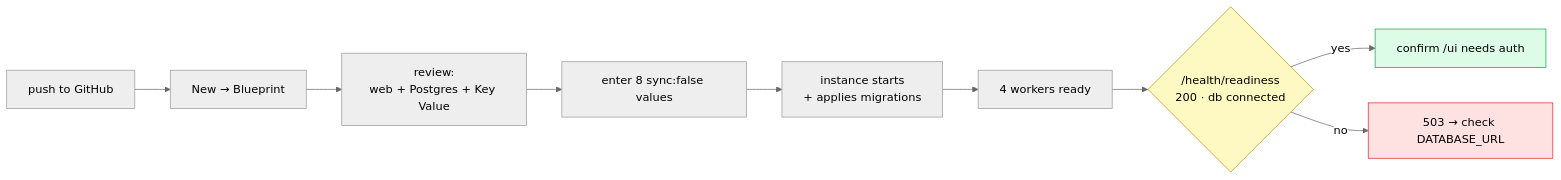
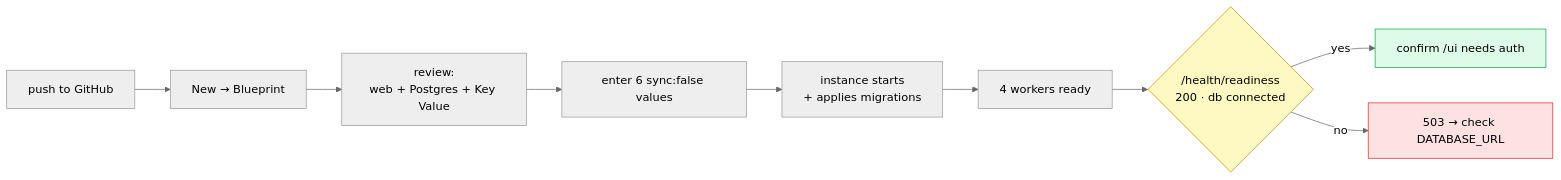
The fifth of 12 diagrams in README.md (mahipalparegi/LiteLLMProxy), drawn with Mermaid (neutral theme) before and after one commit. The commit also changed other lines of this file and 14 other files, not shown here.

````diff
--- a/README.md
+++ b/README.md
@@ -307,14 +308,14 @@
 ```mermaid
 flowchart LR
     A["push to GitHub"] --> B["New → Blueprint"]
     B --> C["review:<br/>web + Postgres + Key Value"]
-    C --> D["enter 8 sync:false values"]
+    C --> D["enter 6 sync:false values"]
     D --> E["instance starts<br/>+ applies migrations"]
     E --> F["4 workers ready"]
     F --> G{"/health/readiness<br/>200 · db connected"}
     G -->|yes| H["confirm /ui needs auth"]
     G -->|no| I["503 → check DATABASE_URL"]
     style G fill:#fef9c3,stroke:#ca8a04
     style H fill:#dcfce7,stroke:#16a34a
     style I fill:#fee2e2,stroke:#dc2626
 ```
````
